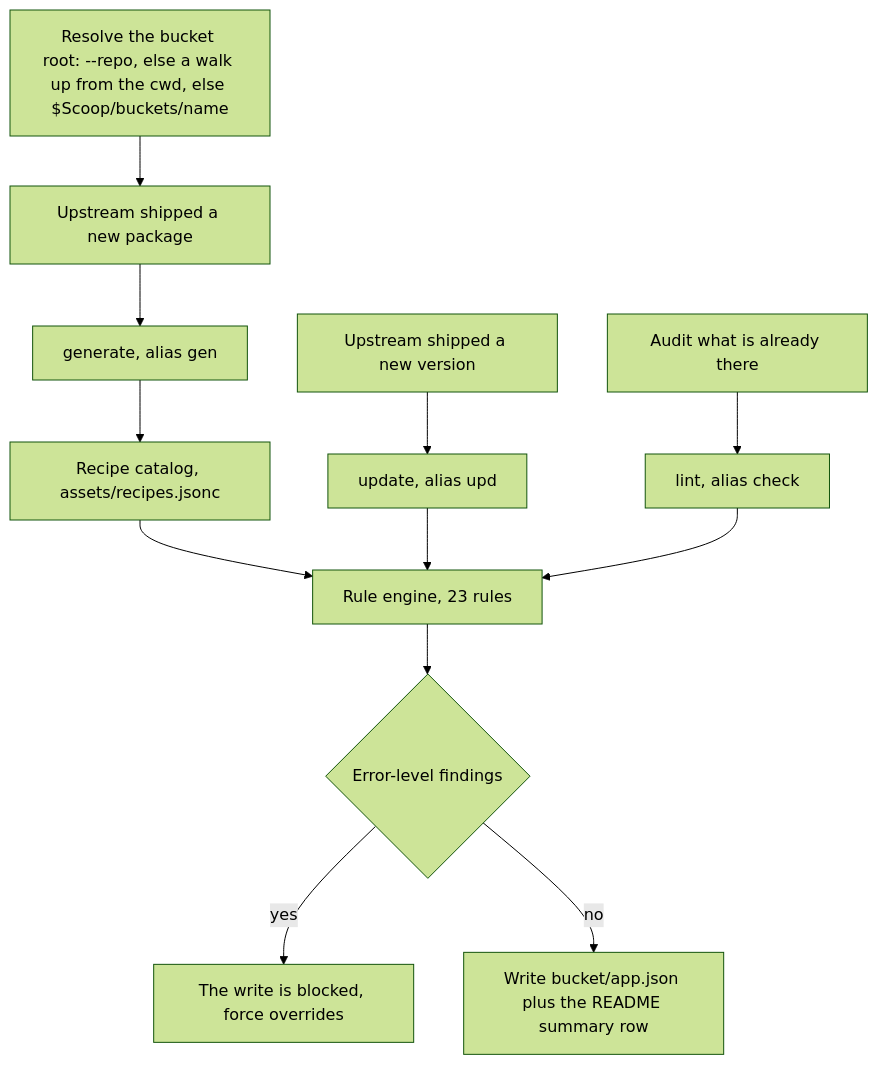
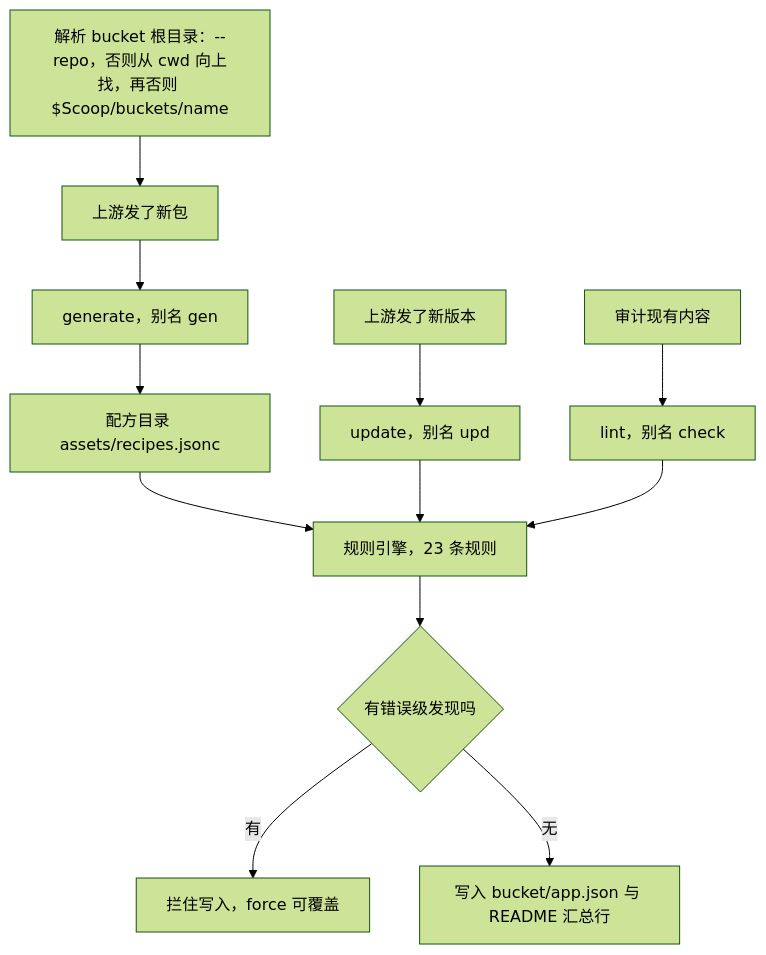
Before and after one commit to HHSTU-IST/skills: the seventh of 10 diagrams in README.md, drawn with Mermaid (forest theme). The commit also changed other lines of this file and 2 other files, not shown here.

````diff
--- a/README.md
+++ b/README.md
@@ -493,14 +493,14 @@
 ```mermaid
 flowchart TD
-    S["Resolve the bucket root: --repo, else a walk up from the cwd, else $Scoop/buckets/name"] --> G
-    G["Upstream shipped a new package"] --> GEN["generate, alias gen"]
-    U["Upstream shipped a new version"] --> UPD["update, alias upd"]
-    A["Audit what is already there"] --> LIN["lint, alias check"]
-    GEN --> RC["Recipe catalog, assets/recipes.jsonc"]
-    RC --> RE["Rule engine, 23 rules"]
+    S["解析 bucket 根目录：--repo，否则从 cwd 向上找，再否则 $Scoop/buckets/name"] --> G
+    G["上游发了新包"] --> GEN["generate，别名 gen"]
+    U["上游发了新版本"] --> UPD["update，别名 upd"]
+    A["审计现有内容"] --> LIN["lint，别名 check"]
+    GEN --> RC["配方目录 assets/recipes.jsonc"]
+    RC --> RE["规则引擎，23 条规则"]
     UPD --> RE
     LIN --> RE
-    RE --> D{"Error-level findings"}
-    D -->|yes| X["The write is blocked, force overrides"]
-    D -->|no| W["Write bucket/app.json plus the README summary row"]
+    RE --> D{"有错误级发现吗"}
+    D -->|有| X["拦住写入，force 可覆盖"]
+    D -->|无| W["写入 bucket/app.json 与 README 汇总行"]
 ```
````
